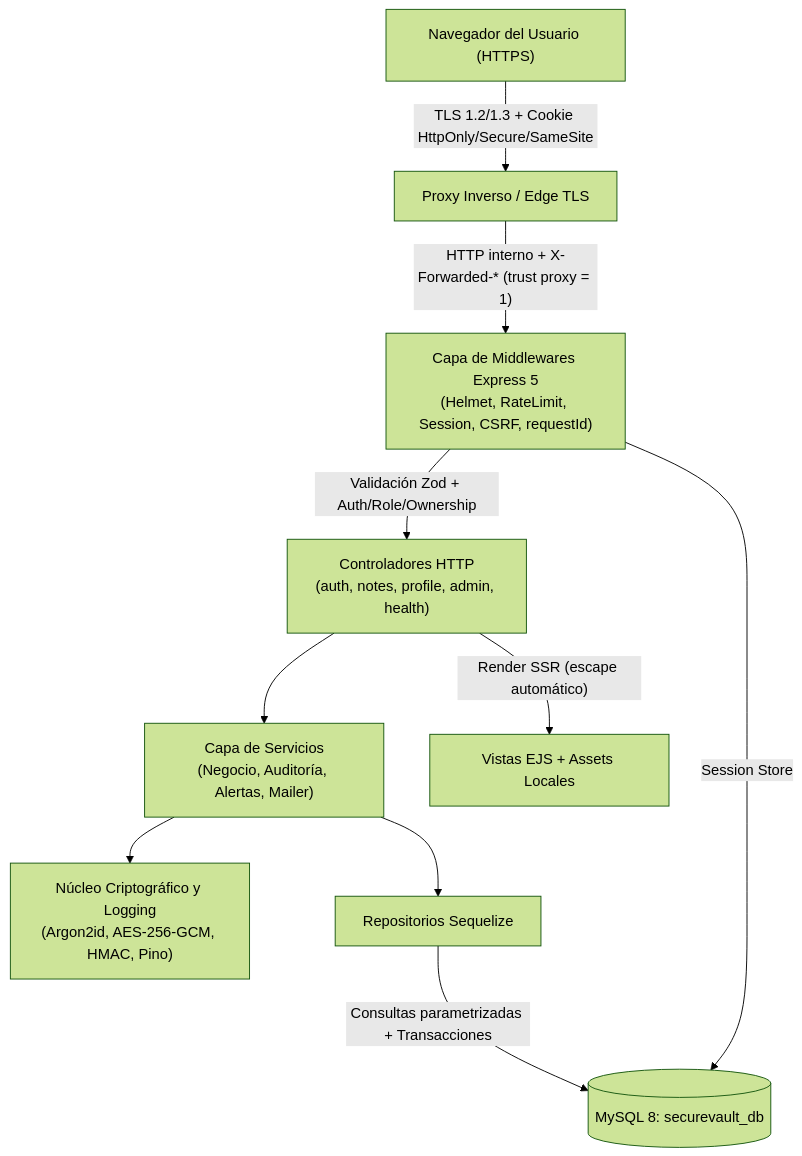
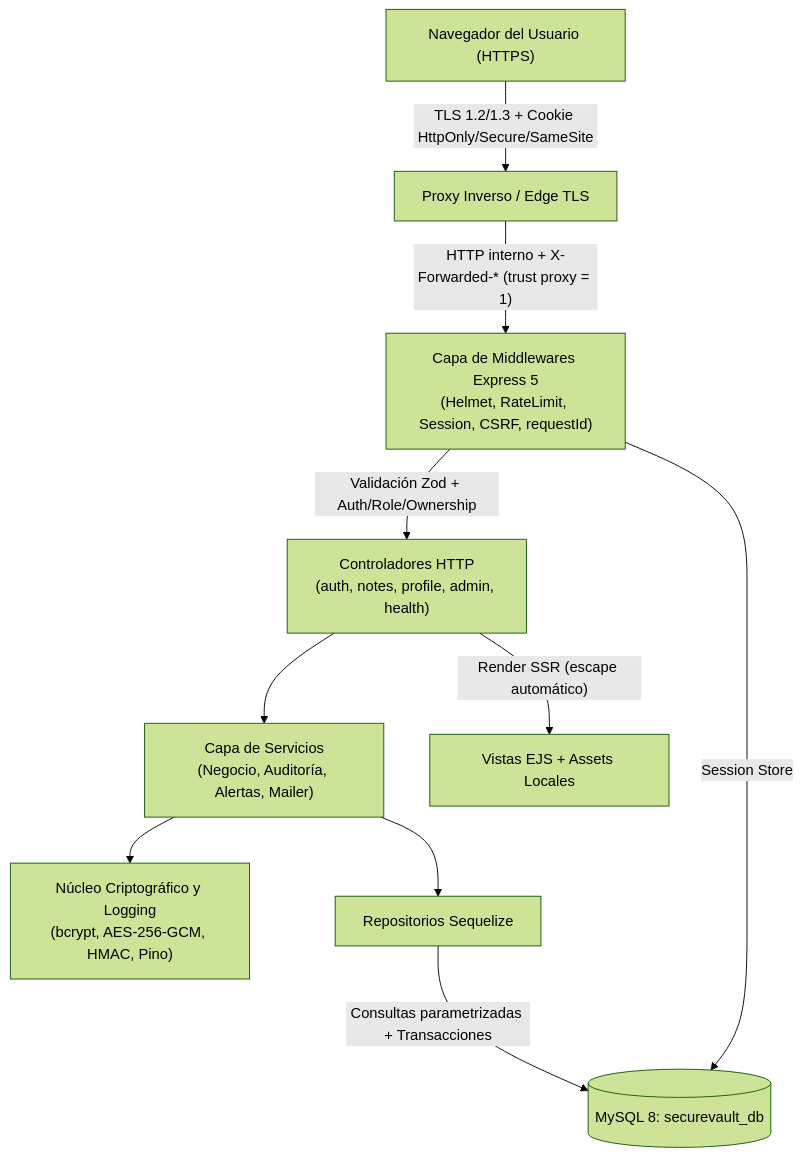
One commit to salgueroreymond2-tech/laboratorio-node.js changed the first of 3 diagrams in docs/architecture.md. Above: the diagram before and after it, drawn with Mermaid (forest theme). The commit also changed other lines of this file and 165 other files, not shown here.

````diff
--- a/docs/architecture.md
+++ b/docs/architecture.md
@@ -18,12 +18,12 @@
 ```mermaid
 flowchart TD
     Browser["Navegador del Usuario (HTTPS)"] -->|"TLS 1.2/1.3 + Cookie HttpOnly/Secure/SameSite"| Proxy["Proxy Inverso / Edge TLS"]
     Proxy -->|"HTTP interno + X-Forwarded-* (trust proxy = 1)"| MW["Capa de Middlewares Express 5\n(Helmet, RateLimit, Session, CSRF, requestId)"]
     MW -->|"Validación Zod + Auth/Role/Ownership"| Ctrl["Controladores HTTP\n(auth, notes, profile, admin, health)"]
     Ctrl --> Svc["Capa de Servicios\n(Negocio, Auditoría, Alertas, Mailer)"]
     Ctrl -->|"Render SSR (escape automático)"| Views["Vistas EJS + Assets Locales"]
-    Svc --> Lib["Núcleo Criptográfico y Logging\n(Argon2id, AES-256-GCM, HMAC, Pino)"]
+    Svc --> Lib["Núcleo Criptográfico y Logging\n(bcrypt, AES-256-GCM, HMAC, Pino)"]
     Svc --> Repo["Repositorios Sequelize"]
     Repo -->|"Consultas parametrizadas + Transacciones"| MySQL[("MySQL 8: securevault_db")]
     MW -->|"Session Store"| MySQL
 ```
````
